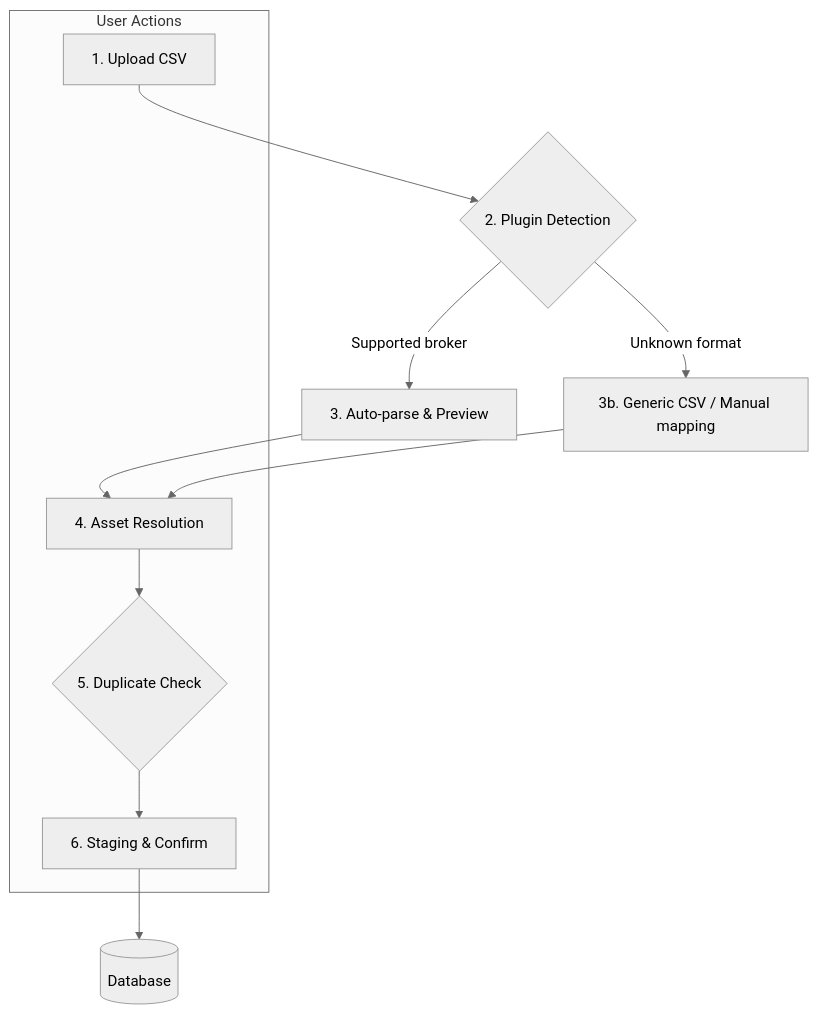
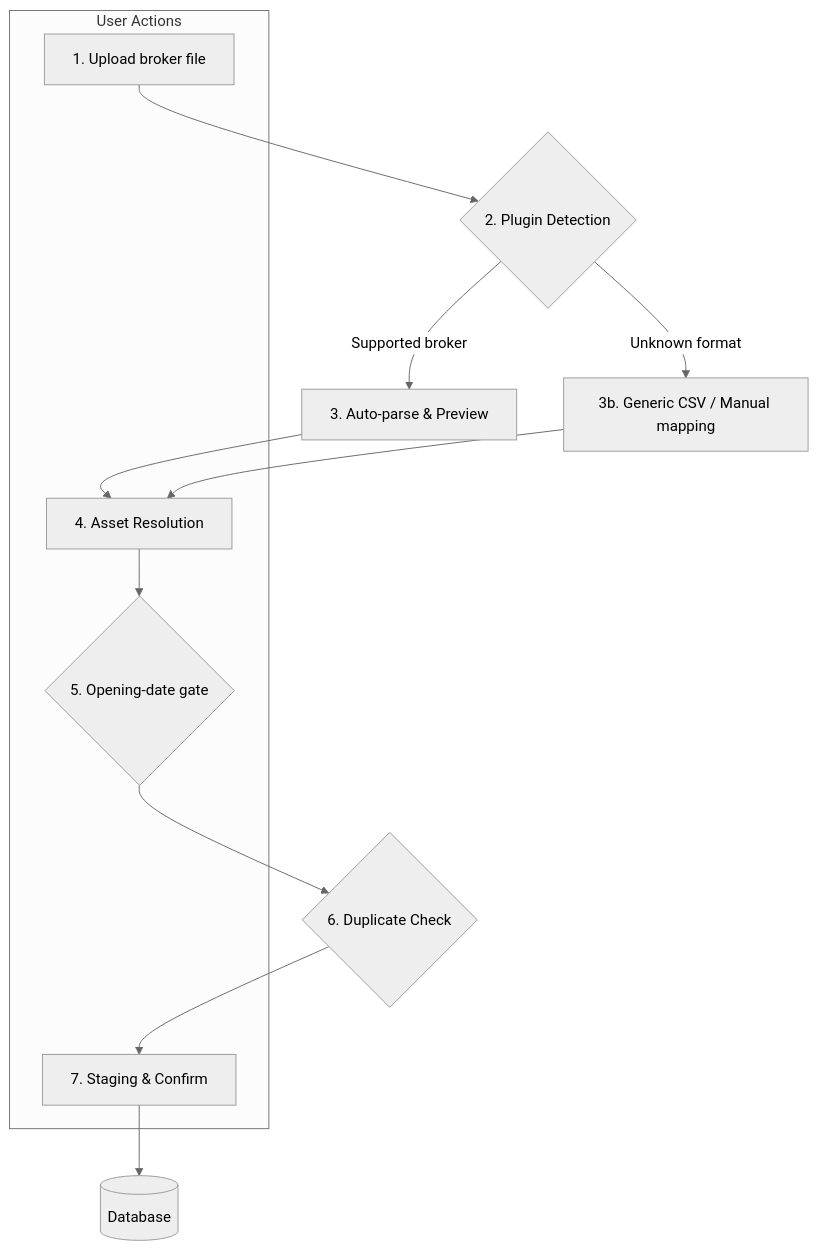
Before and after one commit to Librefolio/LibreFolio: the diagram in mkdocs_src/docs/developer/backend/brim/architecture.md, drawn with Mermaid (neutral theme). The commit also changed other lines of this file and 40 other files, not shown here.

````diff
--- a/mkdocs_src/docs/developer/backend/brim/architecture.md
+++ b/mkdocs_src/docs/developer/backend/brim/architecture.md
@@ -9,18 +9,19 @@
 ```mermaid
 graph TD
-    A[1. Upload CSV] --> B{2. Plugin Detection}
+    A[1. Upload broker file] --> B{2. Plugin Detection}
     B -->|Supported broker| C[3. Auto-parse & Preview]
     B -->|Unknown format| D[3b. Generic CSV / Manual mapping]
     C --> E[4. Asset Resolution]
     D --> E
-    E --> F{5. Duplicate Check}
-    F --> G[6. Staging & Confirm]
+    E --> F{5. Opening-date gate}
+    F --> I{6. Duplicate Check}
+    I --> G[7. Staging & Confirm]
     G --> H[(Database)]
 
     subgraph User Actions
         A
         E
         F
         G
     end
 ```
````
